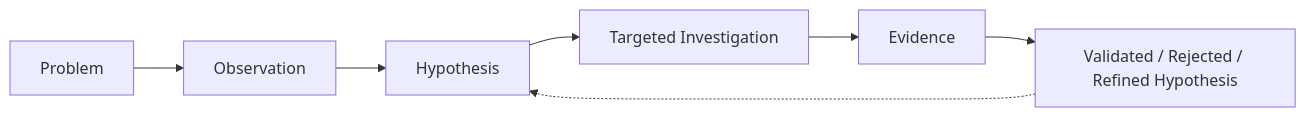
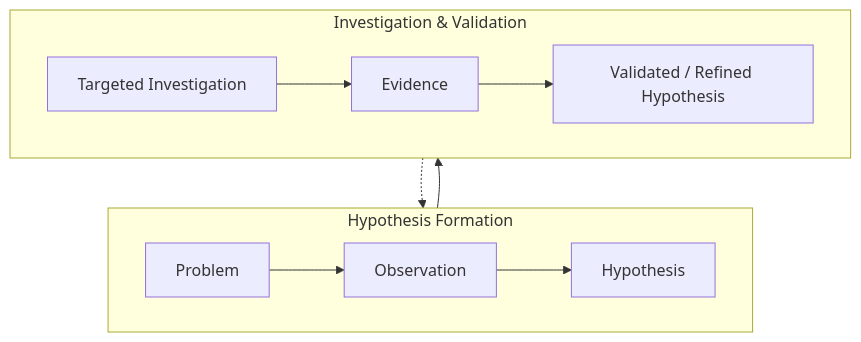
Before and after one commit to avfranco-br/portfolio: diagram 14 of 24 in docs/sop/methods/architecture-assessment-and-roadmap.md, drawn with Mermaid. The commit also changed other lines of this file and 10 other files, not shown here.

Commit message:
Refactor Mermaid diagrams across SOP and methods documentation for legibility

````diff
--- a/docs/sop/methods/architecture-assessment-and-roadmap.md
+++ b/docs/sop/methods/architecture-assessment-and-roadmap.md
@@ -1194,11 +1261,17 @@
 ```mermaid
-flowchart LR
-    A["Problem"]
-    B["Observation"]
-    C["Hypothesis"]
-    D["Targeted Investigation"]
-    E["Evidence"]
-    F["Validated / Rejected / Refined Hypothesis"]
-    A --> B --> C --> D --> E --> F
+flowchart TD
+    subgraph Tier1["Hypothesis Formation"]
+        direction LR
+        A["Problem"] --> B["Observation"]
+        B --> C["Hypothesis"]
+    end
+
+    subgraph Tier2["Investigation & Validation"]
+        direction LR
+        D["Targeted Investigation"] --> E["Evidence"]
+        E --> F["Validated / Refined Hypothesis"]
+    end
+
+    C --> D
     F -.-> C
 ```
````
